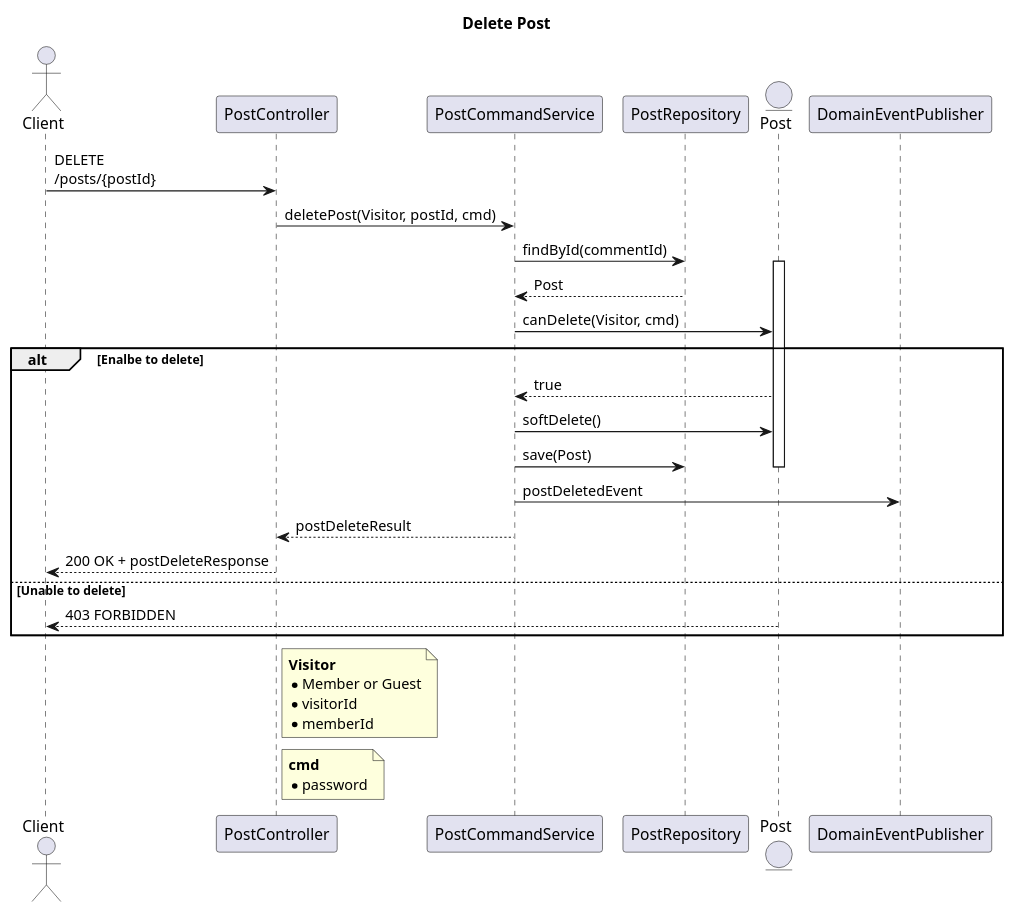
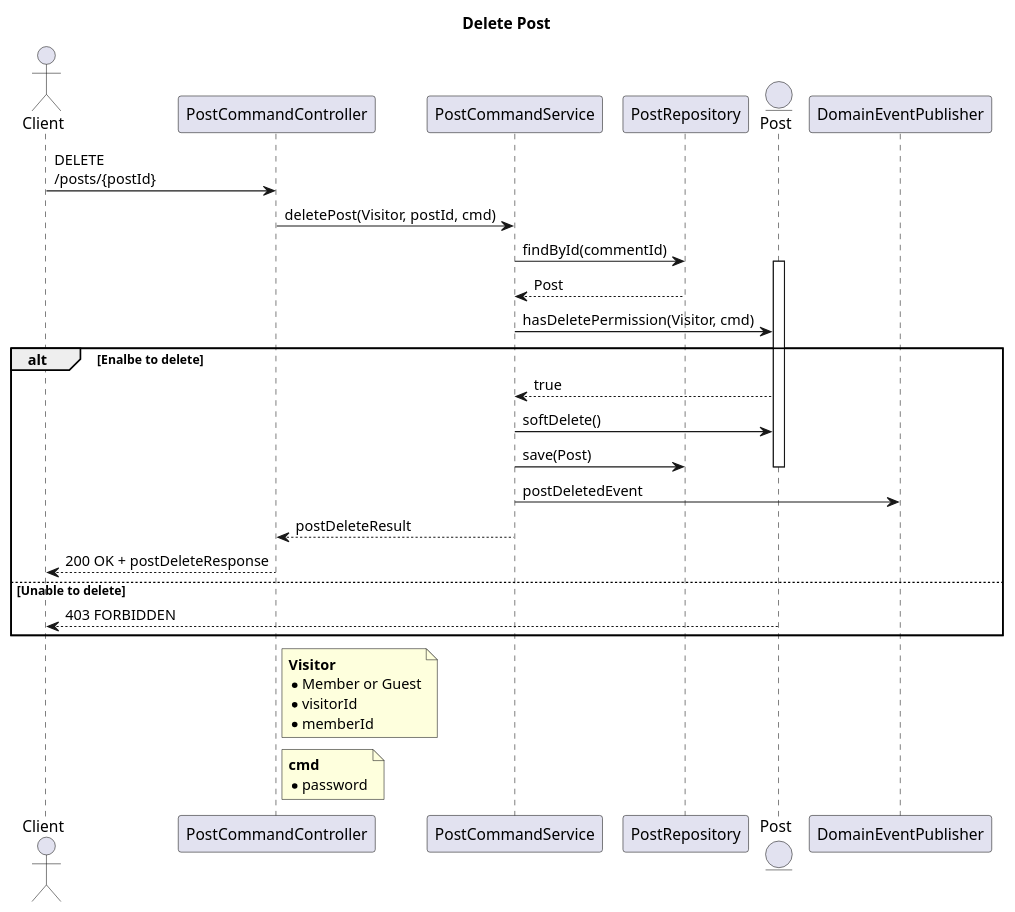
The diagram in document/puml/event/boardContext/postAggregate/deletePost.puml (SimpleBoardTeam/simpleBoard-server), drawn with PlantUML before and after one commit. The commit also changed 4 other files, not shown here.

Commit message:
fix(diagram): Post 도메인 이벤트 다이어그램 수정 - 컨트롤러, 레포지토리에 Command/Query 명시 - getPostDetailCached.puml -> getPostDetail.puml 파일명 변경 및 다이어그램 내부 캐시 관련 정보 삭제

```diff
--- a/document/puml/event/boardContext/postAggregate/deletePost.puml
+++ b/document/puml/event/boardContext/postAggregate/deletePost.puml
@@ -1,47 +1,47 @@
 @startuml deletePostSeq
 title Delete Post
 
 actor Client
-participant PostController
+participant PostCommandController
 participant PostCommandService
 participant PostRepository
 entity      Post
 participant DomainEventPublisher
 
-Client -> PostController : DELETE\n/posts/{postId}
+Client -> PostCommandController : DELETE\n/posts/{postId}
 '--- Controller
-PostController -> PostCommandService : deletePost(Visitor, postId, cmd)
+PostCommandController -> PostCommandService : deletePost(Visitor, postId, cmd)
 '--- Service
 PostCommandService -> PostRepository : findById(commentId)
 '--- Repository
 activate Post
 PostRepository --> PostCommandService : Post
-PostCommandService -> Post : canDelete(Visitor, cmd)
+PostCommandService -> Post : hasDeletePermission(Visitor, cmd)
 
 alt Enalbe to delete
 Post --> PostCommandService : true
 PostCommandService -> Post : softDelete()
 PostCommandService -> PostRepository : save(Post)
 deactivate Post
 '--- Event
 PostCommandService -> DomainEventPublisher : postDeletedEvent
 '--- Response
-PostCommandService --> PostController : postDeleteResult
-PostController --> Client :  200 OK + postDeleteResponse
+PostCommandService --> PostCommandController : postDeleteResult
+PostCommandController --> Client :  200 OK + postDeleteResponse
 else Unable to delete
 Post --> Client : 403 FORBIDDEN
 end
 
-note right of PostController
+note right of PostCommandController
 <b>Visitor</b>
 * Member or Guest
 * visitorId
 * memberId
 end note
-note right of PostController
+note right of PostCommandController
 <b>cmd</b>
 * password
 end note
 
 
 @enduml
```
